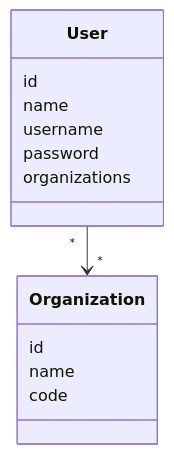
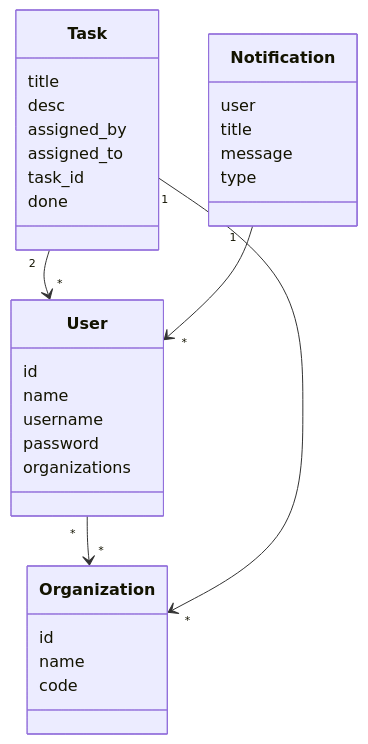
Before and after one commit to sashausoskin/taskforce: the first of 3 diagrams in dokumentaatio/arkkitehtuuri.md, drawn with Mermaid. The commit also changed other lines of this file and 27 other files, not shown here.

````diff
--- a/dokumentaatio/arkkitehtuuri.md
+++ b/dokumentaatio/arkkitehtuuri.md
@@ -3,16 +3,33 @@
 ```mermaid
  classDiagram
       User "*" --> "*" Organization
+      Task "2" --> "*" User
+      Task "1" --> "*" Organization
+      Notification "1" --> "*" User
       class User{
           id
           name
           username
           password
           organizations
       }
       class Organization{
           id
           name
           code
       }
+      class Task{
+      	title
+      	desc
+      	assigned_by
+      	assigned_to
+      	task_id
+      	done
+      }
+      class Notification{
+      	user
+      	title
+      	message
+      	type
+      }
 ```
````
